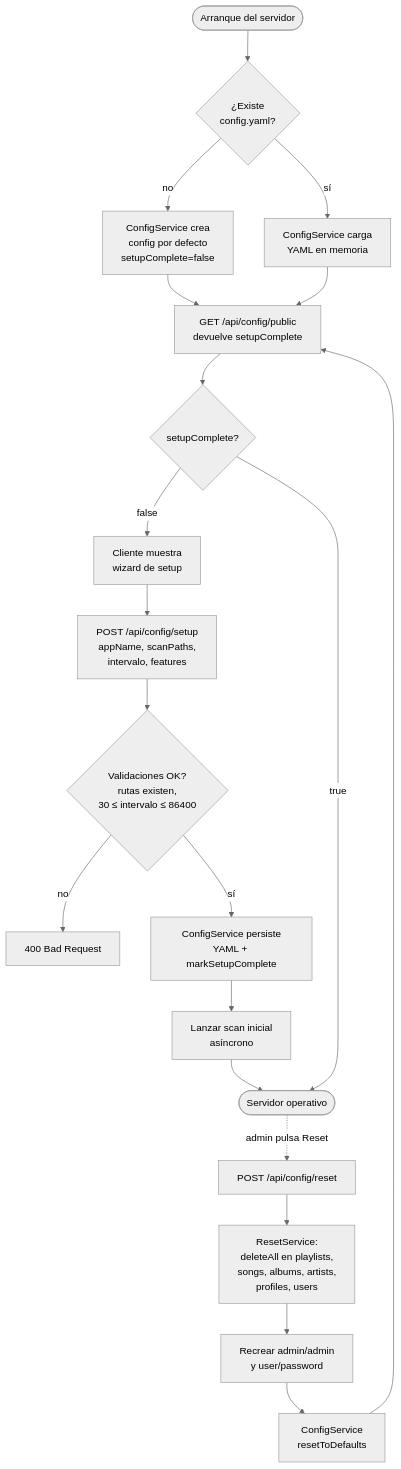
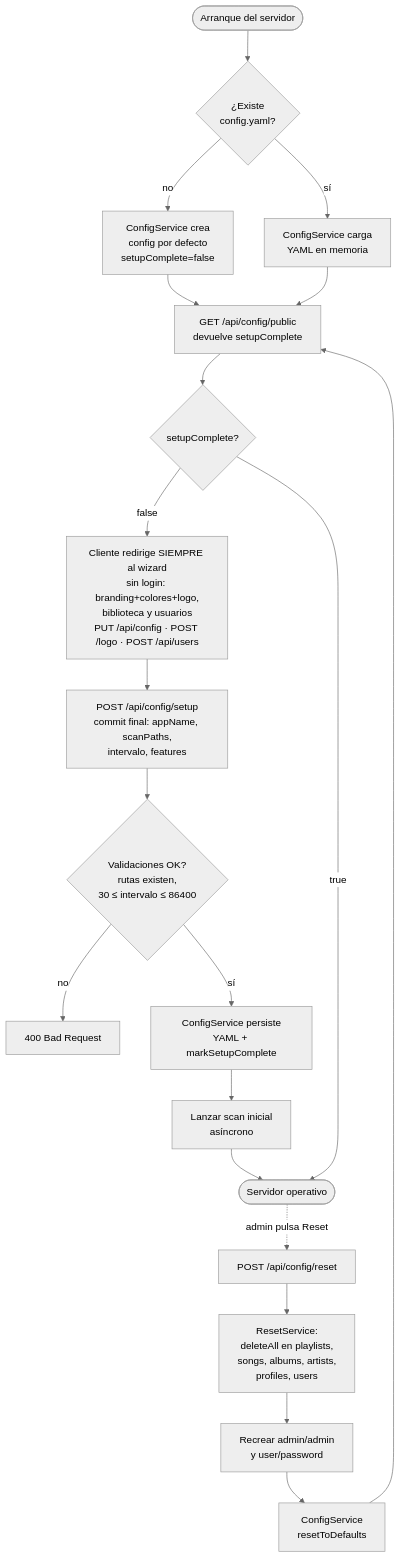
The first of 12 diagrams in README.md (conguchu/selfpotify), drawn with Mermaid (neutral theme) before and after one commit. The commit also changed other lines of this file and 17 other files, not shown here.

First line of the commit message:
(feat) wizard web de setup inicial sin login: redireccion global mientras setupComplete=false, branding/colores/logo, biblioteca, usuarios y auto-bloqueo al completar

````diff
--- a/README.md
+++ b/README.md
@@ -47,22 +47,22 @@
 ```mermaid
 flowchart TD
     Start([Arranque del servidor]) --> Load{¿Existe<br/>config.yaml?}
     Load -- no --> Defaults[ConfigService crea<br/>config por defecto<br/>setupComplete=false]
     Load -- sí --> Read[ConfigService carga<br/>YAML en memoria]
     Defaults --> Public
     Read --> Public[GET /api/config/public<br/>devuelve setupComplete]
     Public --> Decide{setupComplete?}
-    Decide -- false --> Wizard[Cliente muestra<br/>wizard de setup]
-    Wizard --> Setup[POST /api/config/setup<br/>appName, scanPaths,<br/>intervalo, features]
+    Decide -- false --> Wizard[Cliente redirige SIEMPRE al wizard<br/>sin login: branding+colores+logo,<br/>biblioteca y usuarios<br/>PUT /api/config · POST /logo · POST /api/users]
+    Wizard --> Setup[POST /api/config/setup<br/>commit final: appName, scanPaths,<br/>intervalo, features]
     Setup --> Validate{Validaciones OK?<br/>rutas existen,<br/>30 ≤ intervalo ≤ 86400}
     Validate -- no --> Err400[400 Bad Request]
     Validate -- sí --> Persist[ConfigService persiste<br/>YAML + markSetupComplete]
     Persist --> AsyncScan[Lanzar scan inicial<br/>asíncrono]
     AsyncScan --> Ready([Servidor operativo])
     Decide -- true --> Ready
     Ready -. admin pulsa Reset .-> Reset[POST /api/config/reset]
     Reset --> Wipe[ResetService:<br/>deleteAll en playlists,<br/>songs, albums, artists,<br/>profiles, users]
     Wipe --> Seed[Recrear admin/admin<br/>y user/password]
     Seed --> ResetCfg[ConfigService<br/>resetToDefaults]
     ResetCfg --> Public
 ```
````
